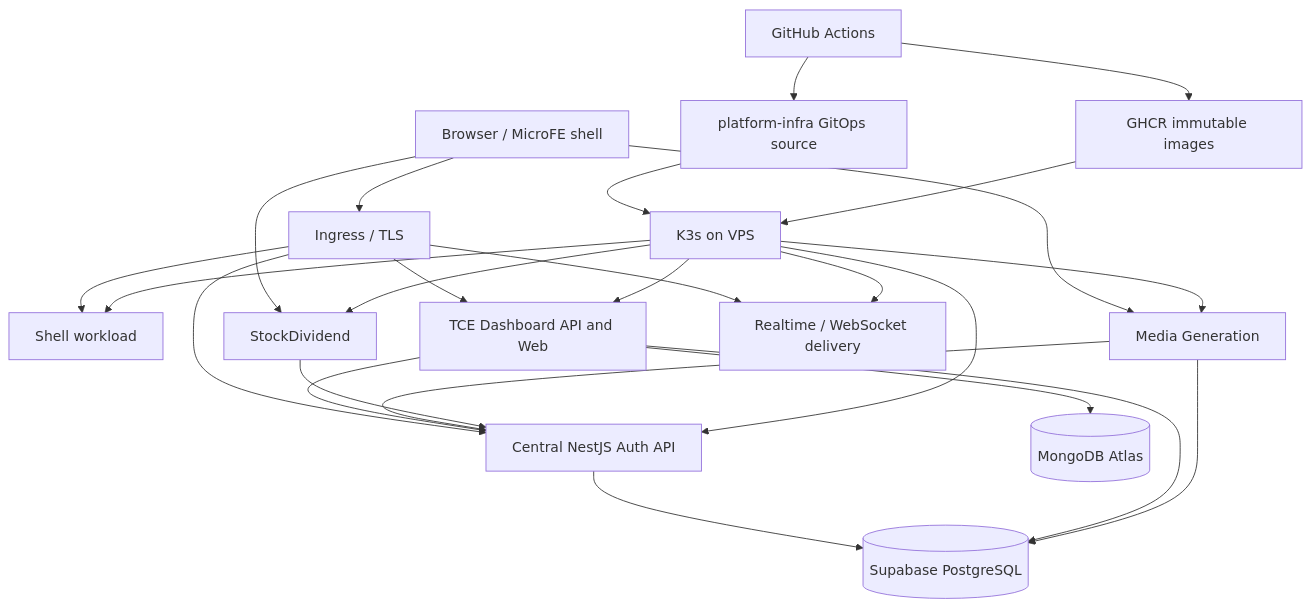
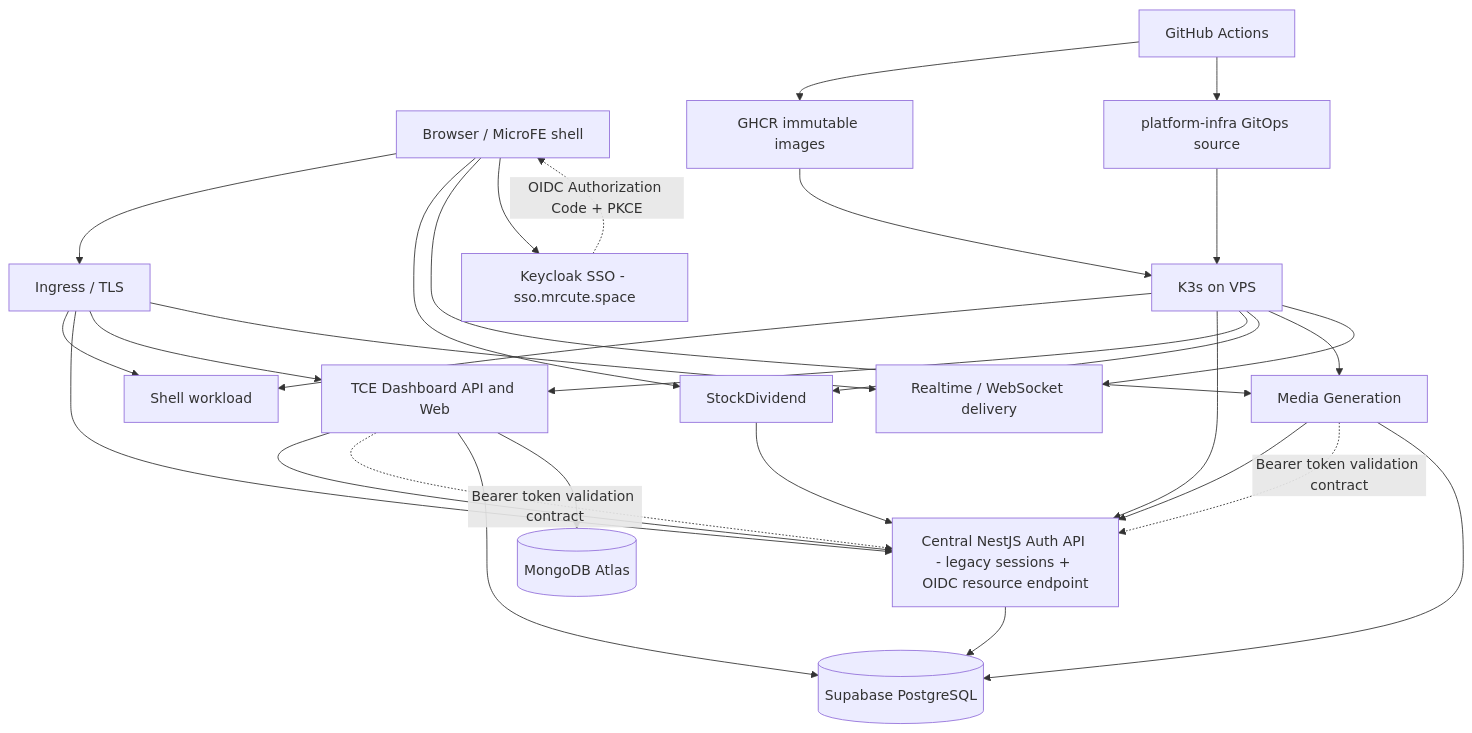
Before and after one commit to phanthienquoc/platform-infra: the first of 2 diagrams in docs/system-design-safe-change-contract.md, drawn with Mermaid. The commit also changed other lines of this file, not shown here.

Commit message:
docs: add Keycloak SSO topology and rollout plan

````diff
--- a/docs/system-design-safe-change-contract.md
+++ b/docs/system-design-safe-change-contract.md
@@ -29,42 +29,47 @@
 ```mermaid
 flowchart TB
   Browser[Browser / MicroFE shell]
   Edge[Ingress / TLS]
   Shell[Shell workload]
-  Auth[Central NestJS Auth API]
+  Auth[Central NestJS Auth API - legacy sessions + OIDC resource endpoint]
+  IdP[Keycloak SSO - sso.mrcute.space]
   TCE[TCE Dashboard API and Web]
   Stock[StockDividend]
   Media[Media Generation]
   WS[Realtime / WebSocket delivery]
   PG[(Supabase PostgreSQL)]
   Mongo[(MongoDB Atlas)]
   GH[GitHub Actions]
   Registry[GHCR immutable images]
   GitOps[platform-infra GitOps source]
   VPS[K3s on VPS]
 
   Browser --> Edge
   Edge --> Shell
   Edge --> Auth
   Edge --> TCE
   Edge --> WS
   Browser --> Stock
   Browser --> Media
+  Browser --> IdP
+  IdP -. OIDC Authorization Code + PKCE .-> Browser
   TCE --> Auth
   Media --> Auth
+  TCE -. Bearer token validation contract .-> Auth
+  Media -. Bearer token validation contract .-> Auth
   Stock --> Auth
   Auth --> PG
   TCE --> PG
   TCE --> Mongo
   Media --> PG
   GH --> Registry
   GH --> GitOps
   GitOps --> VPS
   Registry --> VPS
   VPS --> Shell
   VPS --> Auth
   VPS --> TCE
   VPS --> Stock
   VPS --> Media
   VPS --> WS
 ```
````
